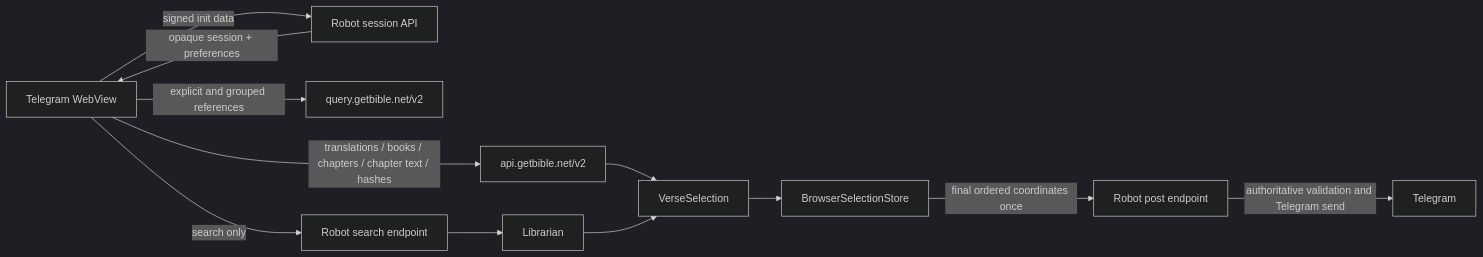
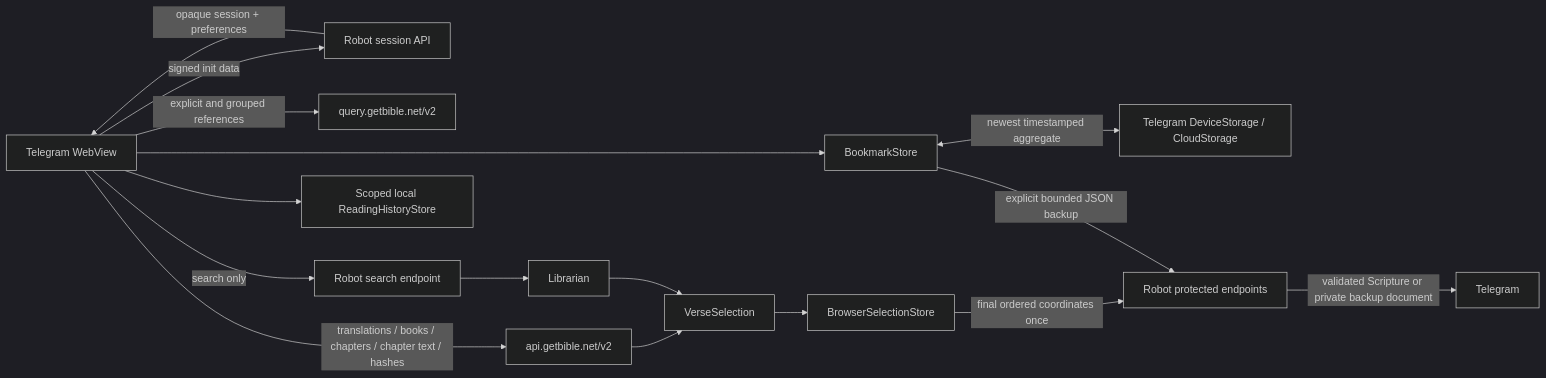
One commit to getbible/robot changed the diagram in docs/BROWSER_DATA.md. Above: the diagram before and after it, drawn with Mermaid (dark theme). The commit also changed other lines of this file and 45 other files, not shown here.

````diff
--- a/docs/BROWSER_DATA.md
+++ b/docs/BROWSER_DATA.md
@@ -38,14 +47,18 @@
 ```mermaid
 flowchart LR
     T[Telegram WebView] -->|signed init data| S[Robot session API]
     S -->|opaque session + preferences| T
     T -->|translations / books / chapters / chapter text / hashes| A[api.getbible.net/v2]
     T -->|explicit and grouped references| Q[query.getbible.net/v2]
     T -->|search only| R[Robot search endpoint]
     R --> L[Librarian]
     A --> V[VerseSelection]
     L --> V
     V --> B[BrowserSelectionStore]
-    B -->|final ordered coordinates once| P[Robot post endpoint]
-    P -->|authoritative validation and Telegram send| G[Telegram]
+    T --> H[Scoped local ReadingHistoryStore]
+    T --> M[BookmarkStore]
+    M <-->|newest timestamped aggregate| TS[Telegram DeviceStorage / CloudStorage]
+    B -->|final ordered coordinates once| P[Robot protected endpoints]
+    M -->|explicit bounded JSON backup| P
+    P -->|validated Scripture or private backup document| G[Telegram]
 ```
````
